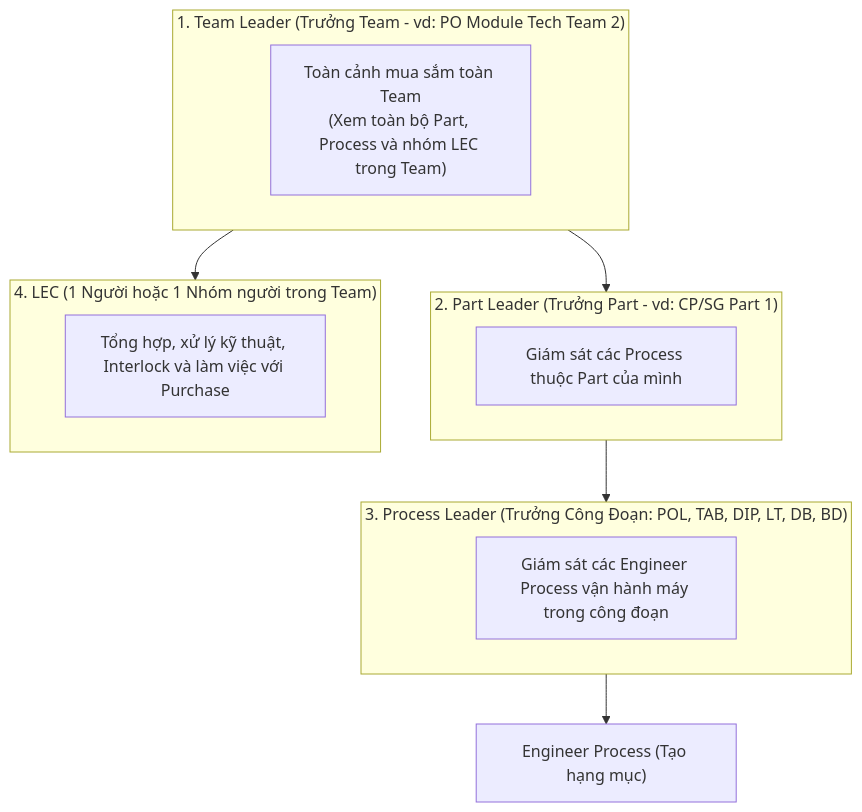
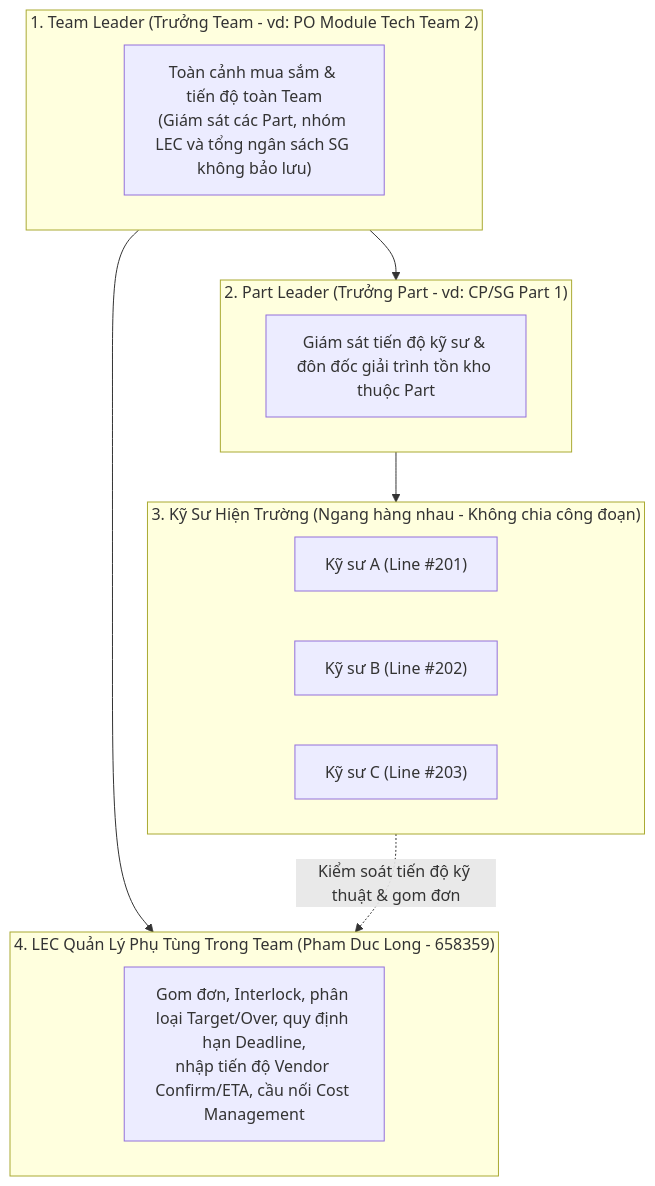
The diagram in procurement-system/02-requestor-and-leader-portal/02-leader-team-monitoring-dashboard.md (longphamduc-vn/ops-workflow), drawn with Mermaid before and after one commit. The commit also changed other lines of this file and 37 other files, not shown here.

````diff
--- a/procurement-system/02-requestor-and-leader-portal/02-leader-team-monitoring-dashboard.md
+++ b/procurement-system/02-requestor-and-leader-portal/02-leader-team-monitoring-dashboard.md
@@ -12,22 +17,25 @@
 ```mermaid
 graph TD
     subgraph TeamLevel["1. Team Leader (Trưởng Team - vd: PO Module Tech Team 2)"]
-        TL_View["Toàn cảnh mua sắm toàn Team\n(Xem toàn bộ Part, Process và nhóm LEC trong Team)"]
+        TL_View["Toàn cảnh mua sắm & tiến độ toàn Team\n(Giám sát các Part, nhóm LEC và tổng ngân sách SG không bảo lưu)"]
     end
 
     subgraph PartLevel["2. Part Leader (Trưởng Part - vd: CP/SG Part 1)"]
-        PL_View["Giám sát các Process thuộc Part của mình"]
+        PL_View["Giám sát tiến độ kỹ sư & đôn đốc giải trình tồn kho thuộc Part"]
     end
 
-    subgraph ProcessLevel["3. Process Leader (Trưởng Công Đoạn: POL, TAB, DIP, LT, DB, BD)"]
-        PR_View["Giám sát các Engineer Process vận hành máy trong công đoạn"]
+    subgraph PeerEngineers["3. Kỹ Sư Hiện Trường (Ngang hàng nhau - Không chia công đoạn)"]
+        Eng1["Kỹ sư A (Line #201)"]
+        Eng2["Kỹ sư B (Line #202)"]
+        Eng3["Kỹ sư C (Line #203)"]
     end
 
-    subgraph LECLevel["4. LEC (1 Người hoặc 1 Nhóm người trong Team)"]
-        LEC_View["Tổng hợp, xử lý kỹ thuật, Interlock và làm việc với Purchase"]
+    subgraph LECLevel["4. LEC Quản Lý Phụ Tùng Trong Team (Pham Duc Long - 658359)"]
+        LEC_View["Gom đơn, Interlock, phân loại Target/Over, quy định hạn Deadline,\nnhập tiến độ Vendor Confirm/ETA, cầu nối Cost Management"]
     end
 
-    TeamLevel --> PartLevel --> ProcessLevel
+    TeamLevel --> PartLevel
     TeamLevel --> LECLevel
-    ProcessLevel --> Eng["Engineer Process (Tạo hạng mục)"]
+    PartLevel --> PeerEngineers
+    PeerEngineers -.->|"Kiểm soát tiến độ kỹ thuật & gom đơn"| LECLevel
 ```
````
